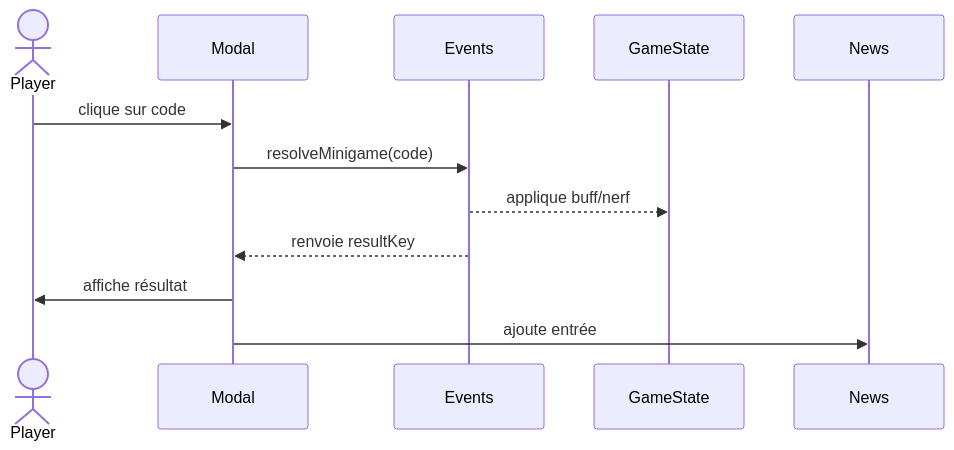
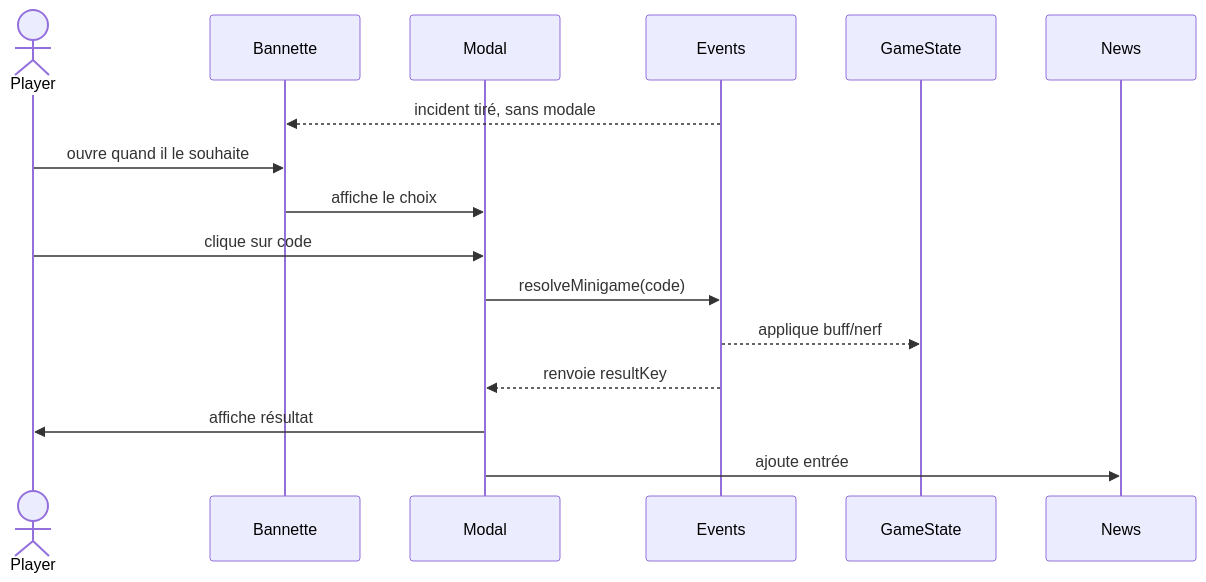
The diagram in docs/events.md (nclsppr/papersempire), drawn with Mermaid before and after one commit. The commit also changed other lines of this file and 37 other files, not shown here.

````diff
--- a/docs/events.md
+++ b/docs/events.md
@@ -43,14 +51,18 @@
 ```mermaid
 sequenceDiagram
     actor Player
+    participant Inbox as Bannette
     participant Modal
     participant Events
     participant GameState
 
+    Events-->>Inbox: incident tiré, sans modale
+    Player->>Inbox: ouvre quand il le souhaite
+    Inbox->>Modal: affiche le choix
     Player->>Modal: clique sur code
     Modal->>Events: resolveMinigame(code)
     Events-->>GameState: applique buff/nerf
     Events-->>Modal: renvoie resultKey
     Modal->>Player: affiche résultat
     Modal->>News: ajoute entrée
 ```
````
